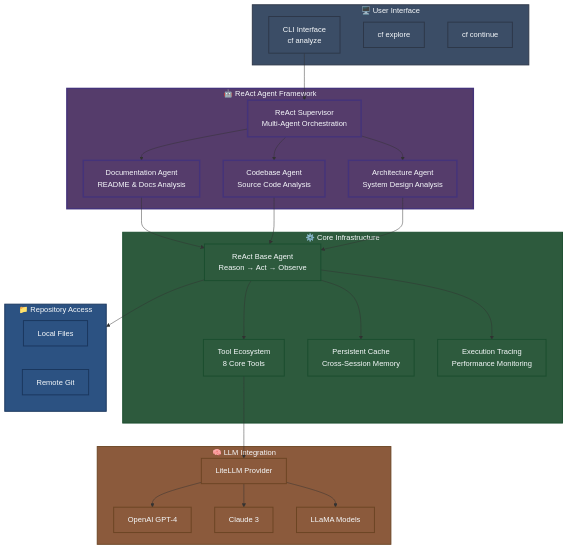
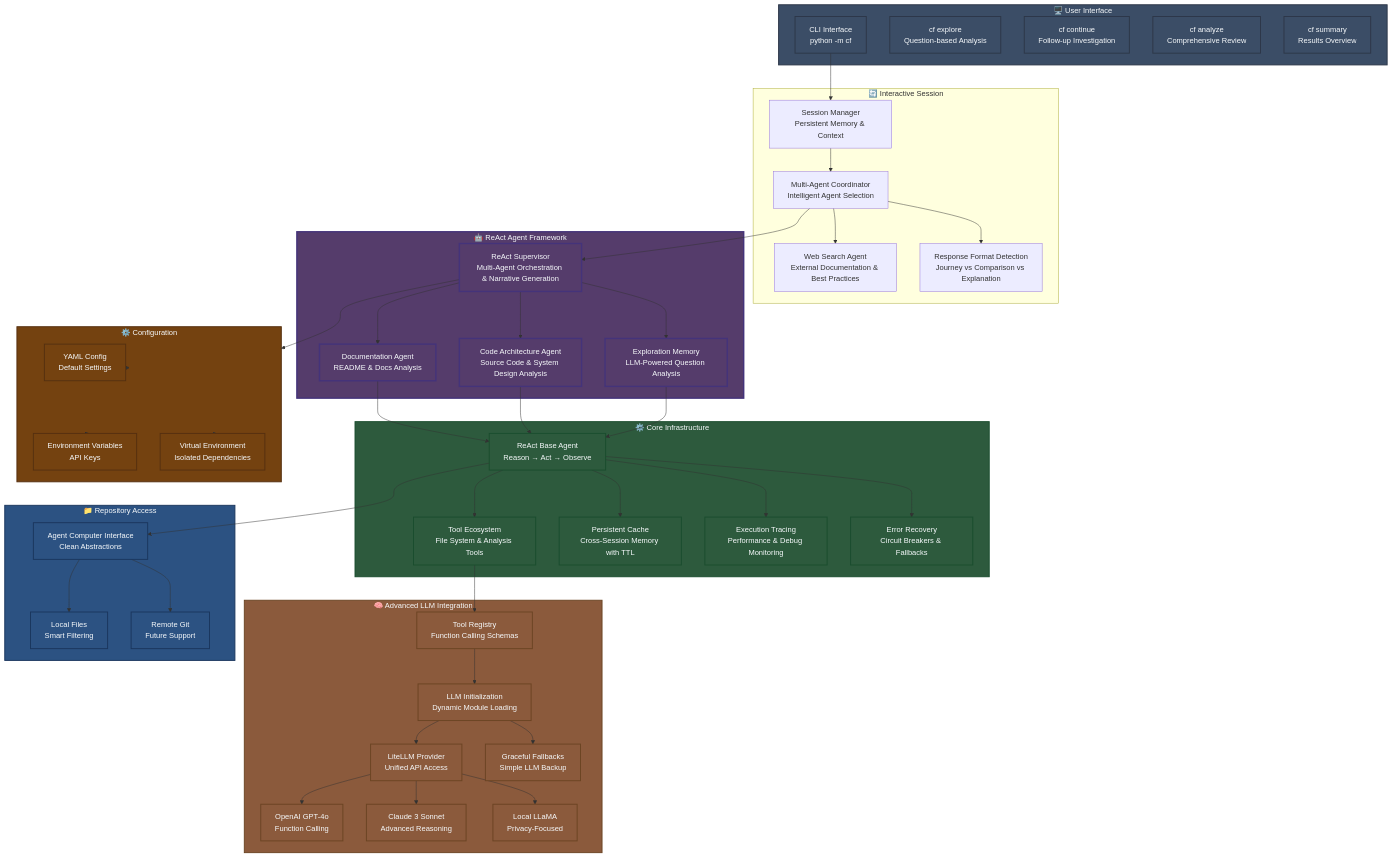
Before and after one commit to CodeFusionAgent/codefusion: the diagram in README.md, drawn with Mermaid. The commit also changed other lines of this file and 39 other files, not shown here.

````diff
--- a/README.md
+++ b/README.md
@@ -8,72 +8,111 @@
 graph TB
     %% User Interface Layer
     subgraph UI ["🖥️ User Interface"]
-        CLI[CLI Interface<br/>cf analyze]
-        EXPLORE[cf explore]
-        CONTINUE[cf continue]
+        CLI[CLI Interface<br/>python -m cf]
+        EXPLORE[cf explore<br/>Question-based Analysis]
+        CONTINUE[cf continue<br/>Follow-up Investigation]
+        ANALYZE[cf analyze<br/>Comprehensive Review]
+        SUMMARY[cf summary<br/>Results Overview]
+    end
+    
+    %% Interactive Session Layer
+    subgraph INTERACTIVE ["🔄 Interactive Session"]
+        SESSION_MGR[Session Manager<br/>Persistent Memory & Context]
+        MULTI_AGENT[Multi-Agent Coordinator<br/>Intelligent Agent Selection]
+        WEB_SEARCH[Web Search Agent<br/>External Documentation & Best Practices]
+        FORMAT_DETECT[Response Format Detection<br/>Journey vs Comparison vs Explanation]
     end
     
     %% ReAct Agent Layer
     subgraph REACT ["🤖 ReAct Agent Framework"]
-        SUPERVISOR[ReAct Supervisor<br/>Multi-Agent Orchestration]
+        SUPERVISOR[ReAct Supervisor<br/>Multi-Agent Orchestration & Narrative Generation]
         DOC_AGENT[Documentation Agent<br/>README & Docs Analysis]
-        CODE_AGENT[Codebase Agent<br/>Source Code Analysis]
-        ARCH_AGENT[Architecture Agent<br/>System Design Analysis]
+        CODE_ARCH_AGENT[Code Architecture Agent<br/>Source Code & System Design Analysis]
+        MEMORY[Exploration Memory<br/>LLM-Powered Question Analysis]
     end
     
     %% Core Infrastructure
     subgraph CORE ["⚙️ Core Infrastructure"]
         REACT_BASE[ReAct Base Agent<br/>Reason → Act → Observe]
-        TOOLS[Tool Ecosystem<br/>8 Core Tools]
-        CACHE[Persistent Cache<br/>Cross-Session Memory]
-        TRACE[Execution Tracing<br/>Performance Monitoring]
+        TOOLS[Tool Ecosystem<br/>File System & Analysis Tools]
+        CACHE[Persistent Cache<br/>Cross-Session Memory with TTL]
+        TRACE[Execution Tracing<br/>Performance & Debug Monitoring]
+        ERROR_RECOVERY[Error Recovery<br/>Circuit Breakers & Fallbacks]
     end
     
-    %% LLM Integration
-    subgraph LLM ["🧠 LLM Integration"]
-        LITELLM[LiteLLM Provider]
-        OPENAI[OpenAI GPT-4]
-        ANTHROPIC[Claude 3]
-        LLAMA[LLaMA Models]
+    %% LLM Integration - Enhanced
+    subgraph LLM ["🧠 Advanced LLM Integration"]
+        INIT[LLM Initialization<br/>Dynamic Module Loading]
+        LITELLM[LiteLLM Provider<br/>Unified API Access]
+        FUNC_CALL[Tool Registry<br/>Function Calling Schemas]
+        FALLBACK[Graceful Fallbacks<br/>Simple LLM Backup]
+        OPENAI[OpenAI GPT-4o<br/>Function Calling]
+        ANTHROPIC[Claude 3 Sonnet<br/>Advanced Reasoning]
+        LLAMA[Local LLaMA<br/>Privacy-Focused]
     end
     
     %% Repository Interface
     subgraph REPO ["📁 Repository Access"]
-        LOCAL[Local Files]
-        REMOTE[Remote Git]
+        LOCAL[Local Files<br/>Smart Filtering]
+        REMOTE[Remote Git<br/>Future Support]
+        ACI[Agent Computer Interface<br/>Clean Abstractions]
     end
     
-    %% Connections
-    CLI --> SUPERVISOR
+    %% Configuration & Setup
+    subgraph CONFIG ["⚙️ Configuration"]
+        YAML_CONFIG[YAML Config<br/>Default Settings]
+        ENV_VARS[Environment Variables<br/>API Keys]
+        VENV[Virtual Environment<br/>Isolated Dependencies]
+    end
+    
+    %% Enhanced Connections
+    CLI --> SESSION_MGR
+    SESSION_MGR --> MULTI_AGENT
+    MULTI_AGENT --> SUPERVISOR
+    MULTI_AGENT --> WEB_SEARCH
+    MULTI_AGENT --> FORMAT_DETECT
     SUPERVISOR --> DOC_AGENT
-    SUPERVISOR --> CODE_AGENT
-    SUPERVISOR --> ARCH_AGENT
+    SUPERVISOR --> CODE_ARCH_AGENT
+    SUPERVISOR --> MEMORY
     
     DOC_AGENT --> REACT_BASE
-    CODE_AGENT --> REACT_BASE
-    ARCH_AGENT --> REACT_BASE
+    CODE_ARCH_AGENT --> REACT_BASE
+    MEMORY --> REACT_BASE
     
     REACT_BASE --> TOOLS
     REACT_BASE --> CACHE
     REACT_BASE --> TRACE
+    REACT_BASE --> ERROR_RECOVERY
     
-    TOOLS --> LITELLM
+    TOOLS --> FUNC_CALL
+    FUNC_CALL --> INIT
+    INIT --> LITELLM
     LITELLM --> OPENAI
     LITELLM --> ANTHROPIC
     LITELLM --> LLAMA
+    INIT --> FALLBACK
     
-    REACT_BASE --> REPO
+    REACT_BASE --> ACI
+    ACI --> LOCAL
+    ACI --> REMOTE
     
-    %% Styling
+    SUPERVISOR --> CONFIG
+    CONFIG --> YAML_CONFIG
+    CONFIG --> ENV_VARS
+    CONFIG --> VENV
+    
+    %% Enhanced Styling
     classDef ui fill:#3b4d66,stroke:#2d3748,stroke-width:2px,color:#f7fafc
     classDef react fill:#553c6b,stroke:#44337a,stroke-width:3px,color:#f7fafc
     classDef core fill:#2d5a3d,stroke:#1a4d2e,stroke-width:2px,color:#f7fafc
     classDef llm fill:#8b5a3c,stroke:#6b4423,stroke-width:2px,color:#f7fafc
     classDef repo fill:#2c5282,stroke:#1a365d,stroke-width:2px,color:#f7fafc
+    classDef config fill:#744210,stroke:#553010,stroke-width:2px,color:#f7fafc
     
-    class UI,CLI,EXPLORE,CONTINUE ui
-    class REACT,SUPERVISOR,DOC_AGENT,CODE_AGENT,ARCH_AGENT react
-    class CORE,REACT_BASE,TOOLS,CACHE,TRACE core
-    class LLM,LITELLM,OPENAI,ANTHROPIC,LLAMA llm
-    class REPO,LOCAL,REMOTE repo
+    class UI,CLI,EXPLORE,CONTINUE,ANALYZE,SUMMARY ui
+    class REACT,SUPERVISOR,DOC_AGENT,CODE_ARCH_AGENT,MEMORY react
+    class CORE,REACT_BASE,TOOLS,CACHE,TRACE,ERROR_RECOVERY core
+    class LLM,INIT,LITELLM,FUNC_CALL,FALLBACK,OPENAI,ANTHROPIC,LLAMA llm
+    class REPO,LOCAL,REMOTE,ACI repo
+    class CONFIG,YAML_CONFIG,ENV_VARS,VENV config
 ```
````
